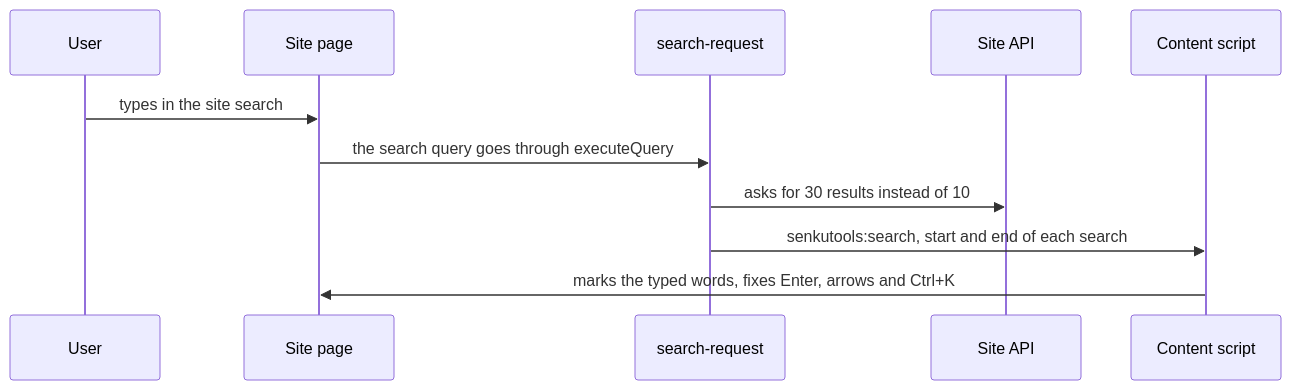
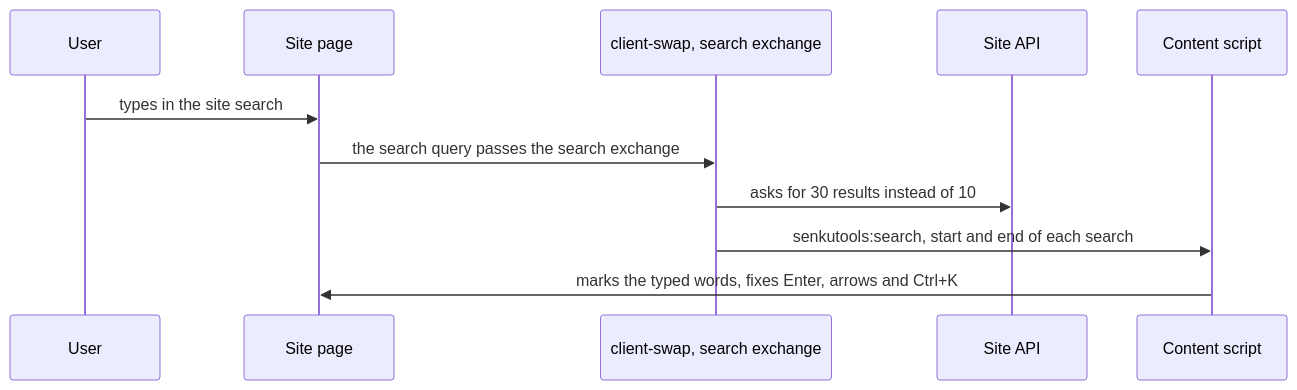
The fifth of 8 diagrams in docs/architecture.md (Antawq/senkuro-tools), drawn with Mermaid before and after one commit. The commit also changed other lines of this file and 1 other file, not shown here.

Commit message:
docs: describe the client swap in the architecture pages

````diff
--- a/docs/architecture.md
+++ b/docs/architecture.md
@@ -85,13 +85,13 @@
 ```mermaid
 sequenceDiagram
   participant U as User
   participant S as Site page
-  participant R as search-request
+  participant R as client-swap, search exchange
   participant A as Site API
   participant C as Content script
   U->>S: types in the site search
-  S->>R: the search query goes through executeQuery
+  S->>R: the search query passes the search exchange
   R->>A: asks for 30 results instead of 10
   R->>C: senkutools:search, start and end of each search
   C->>S: marks the typed words, fixes Enter, arrows and Ctrl+K
 ```
````
